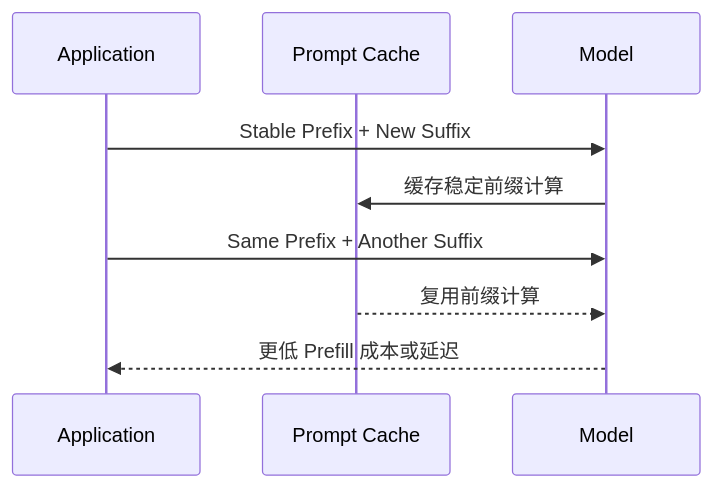
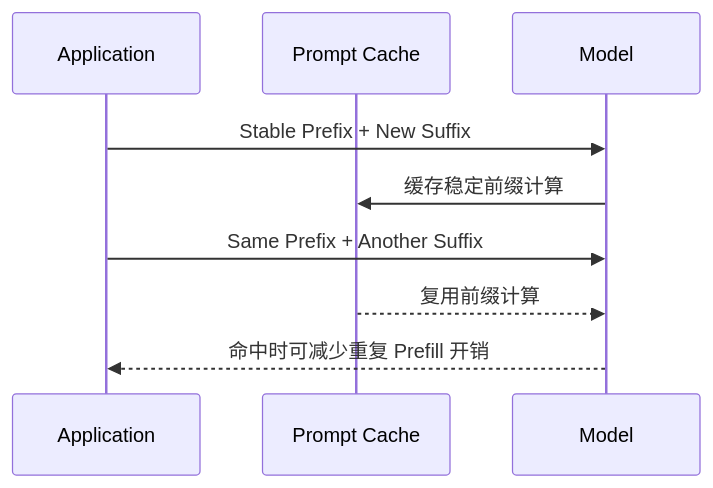
Diagram 13 of 15 in docs/agent/03-memory-context/10-agent-memory-compression.md (oneleaveknowsthefall/awesome-ai-roadmap), drawn with Mermaid before and after one commit. The commit also changed other lines of this file and 34 other files, not shown here.

````diff
--- a/docs/agent/03-memory-context/10-agent-memory-compression.md
+++ b/docs/agent/03-memory-context/10-agent-memory-compression.md
@@ -720,12 +730,12 @@
 ```mermaid
 sequenceDiagram
     participant A as Application
     participant C as Prompt Cache
     participant M as Model
 
     A->>M: Stable Prefix + New Suffix
     M->>C: 缓存稳定前缀计算
     A->>M: Same Prefix + Another Suffix
     C-->>M: 复用前缀计算
-    M-->>A: 更低 Prefill 成本或延迟
+    M-->>A: 命中时可减少重复 Prefill 开销
 ```
````
